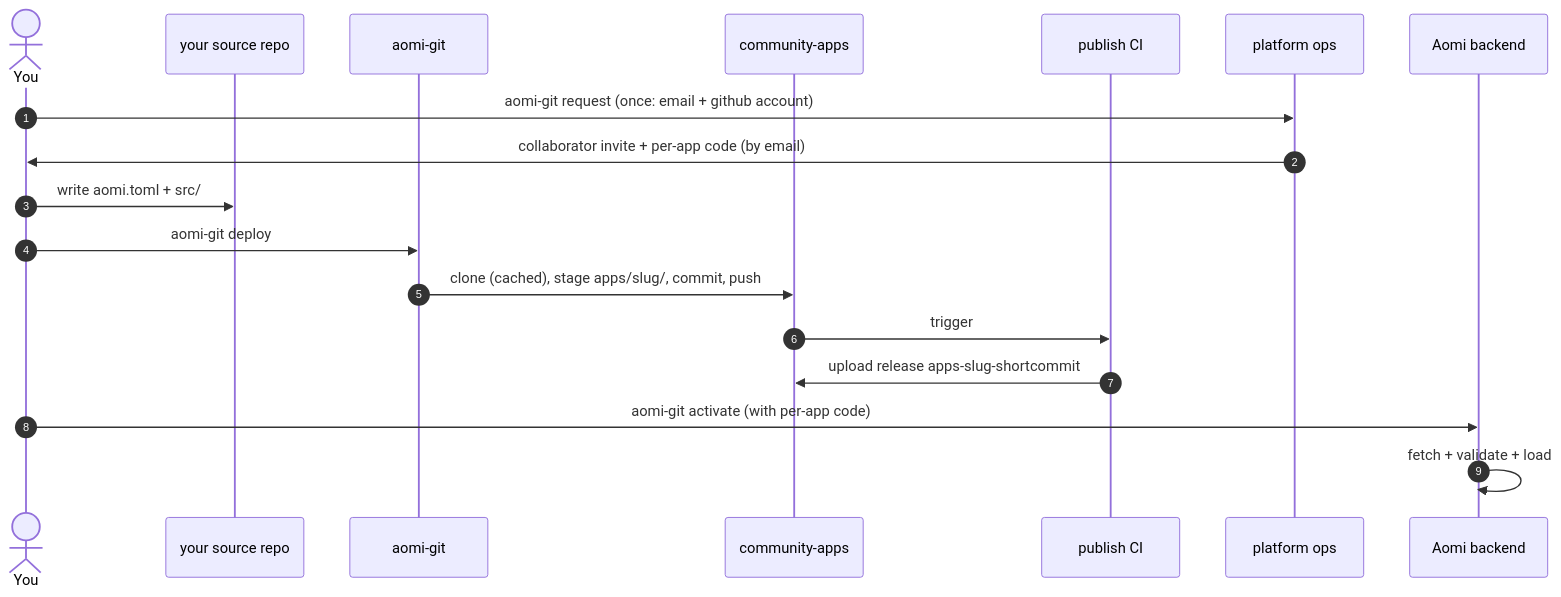
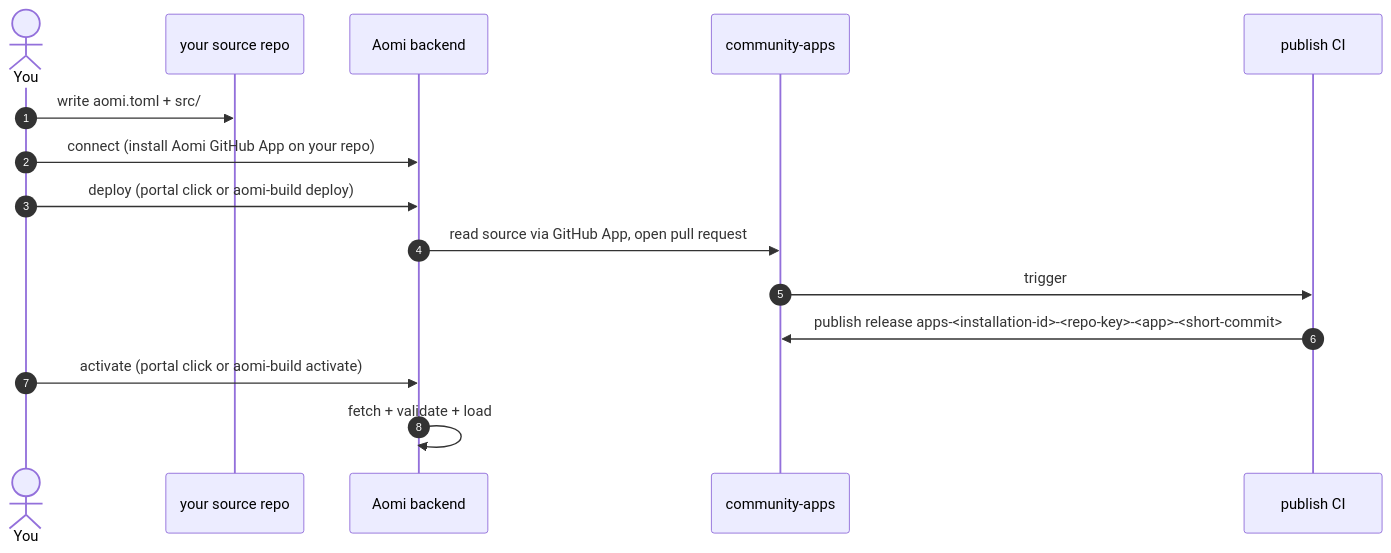
One commit to aomi-labs/docs changed the diagram in build/deploy.mdx. Above: the diagram before and after it, drawn with Mermaid. The commit also changed other lines of this file and 24 other files, not shown here.

First line of the commit message:
docs: v1.2 — Build path rewrite + portal deploy walkthrough + Concepts cleanup (#12)

````diff
--- a/build/deploy.mdx
+++ b/build/deploy.mdx
@@ -21,21 +15,18 @@
 ```mermaid
 sequenceDiagram
     autonumber
     actor You
     participant Src as your source repo
-    participant CLI as aomi-git
+    participant BE as Aomi backend
     participant Repo as community-apps
     participant CI as publish CI
-    participant Ops as platform ops
-    participant BE as Aomi backend
 
-    You->>Ops: aomi-git request (once: email + github account)
-    Ops->>You: collaborator invite + per-app code (by email)
     You->>Src: write aomi.toml + src/
-    You->>CLI: aomi-git deploy
-    CLI->>Repo: clone (cached), stage apps/slug/, commit, push
+    You->>BE: connect (install Aomi GitHub App on your repo)
+    You->>BE: deploy (portal click or aomi-build deploy)
+    BE->>Repo: read source via GitHub App, open pull request
     Repo->>CI: trigger
-    CI->>Repo: upload release apps-slug-shortcommit
-    You->>BE: aomi-git activate (with per-app code)
+    CI->>Repo: publish release apps-<installation-id>-<repo-key>-<app>-<short-commit>
+    You->>BE: activate (portal click or aomi-build activate)
     BE->>BE: fetch + validate + load
 ```
````
